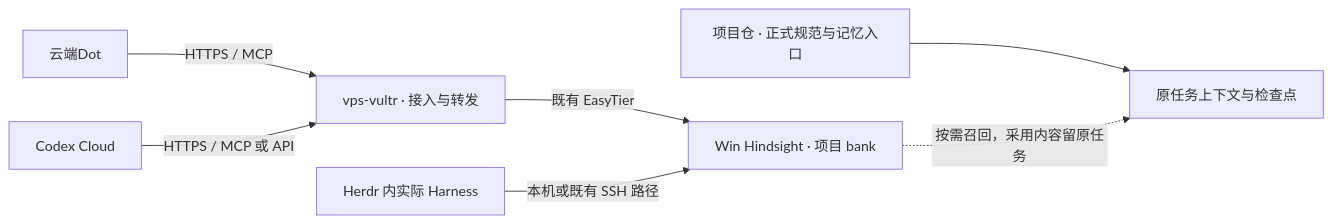
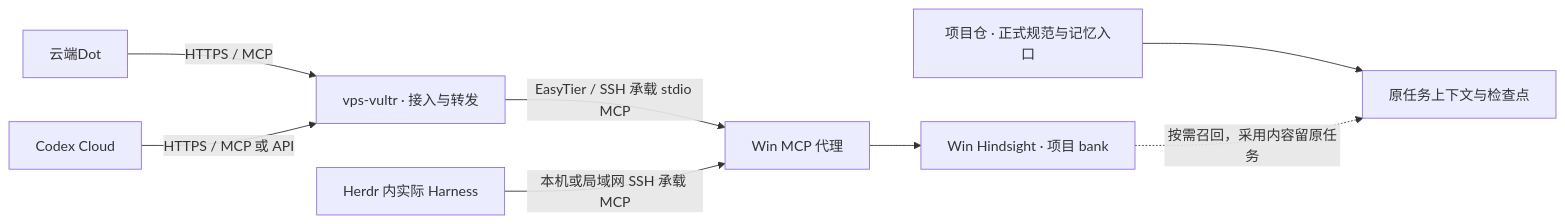
Before and after one commit to CF-FE/herdr-4-codexcloud: the third of 3 diagrams in docs/architecture.md, drawn with Mermaid. The commit also changed 1 other file, not shown here.

Commit message:
docs: clarify MCP tool transport over SSH

````diff
--- a/docs/architecture.md
+++ b/docs/architecture.md
@@ -82,9 +82,10 @@
 ```mermaid
 flowchart LR
     D["云端Dot"] -->|"HTTPS / MCP"| V["vps-vultr · 接入与转发"]
     C["Codex Cloud"] -->|"HTTPS / MCP 或 API"| V
-    V -->|"既有 EasyTier"| H["Win Hindsight · 项目 bank"]
-    A["Herdr 内实际 Harness"] -->|"本机或既有 SSH 路径"| H
+    V -->|"EasyTier / SSH 承载 stdio MCP"| M["Win MCP 代理"]
+    A["Herdr 内实际 Harness"] -->|"本机或局域网 SSH 承载 MCP"| M
+    M --> H["Win Hindsight · 项目 bank"]
     R["项目仓 · 正式规范与记忆入口"] --> T["原任务上下文与检查点"]
     H -."按需召回，采用内容留原任务".-> T
 ```
````
